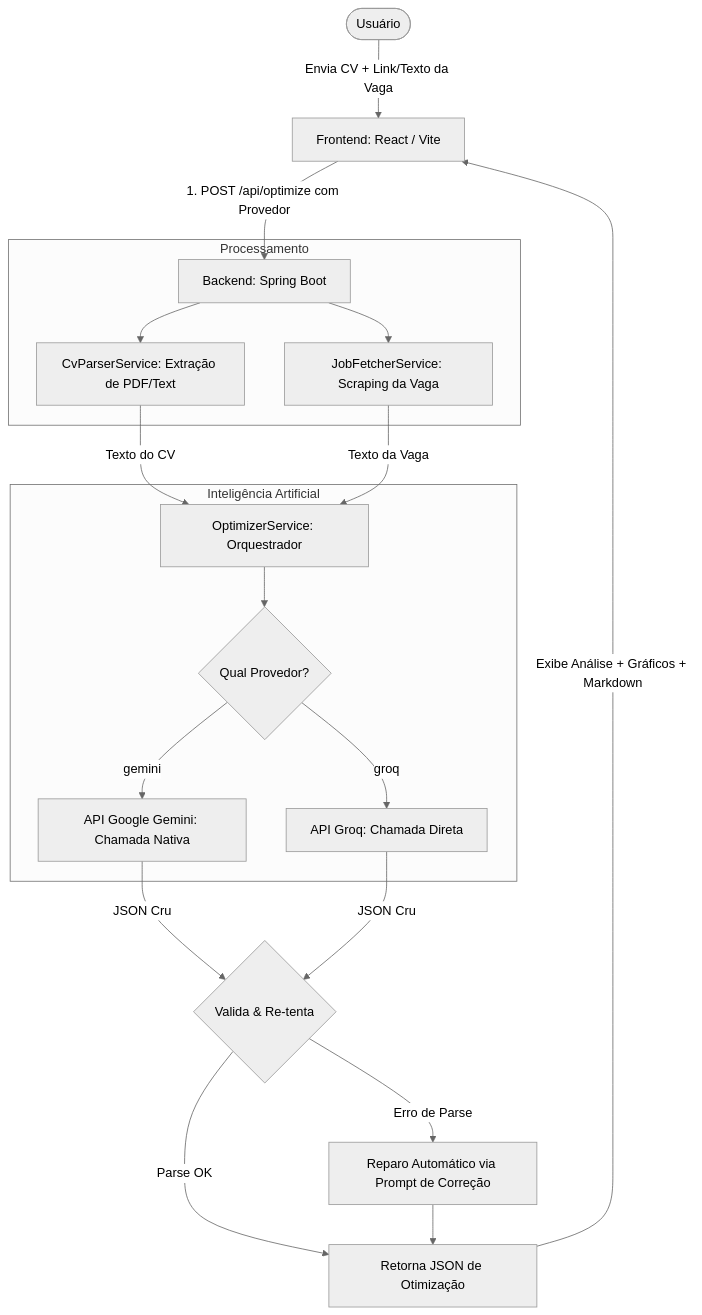
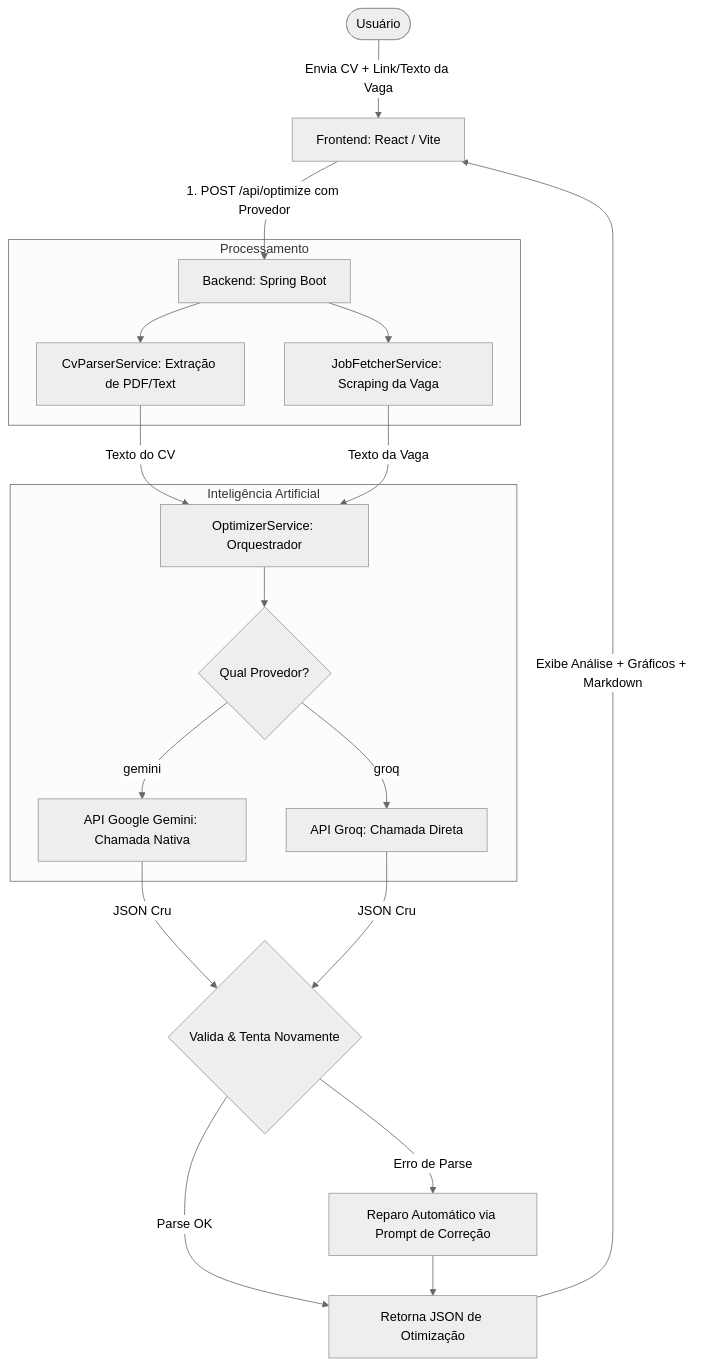
One commit to ds-nava/curriculo-fit changed the diagram in README.md. Above: the diagram before and after it, drawn with Mermaid (neutral theme).

````diff
--- a/README.md
+++ b/README.md
@@ -19,26 +19,26 @@
 ```mermaid
 flowchart TD
     User([Usuário]) -->|Envia CV + Link/Texto da Vaga| Front[Frontend: React / Vite]
     Front -->|1. POST /api/optimize com Provedor| Back[Backend: Spring Boot]
     
     subgraph Processamento
         Back --> Parser[CvParserService: Extração de PDF/Text]
         Back --> Fetcher[JobFetcherService: Scraping da Vaga]
     end
     
     Parser -->|Texto do CV| Opt[OptimizerService: Orquestrador]
     Fetcher -->|Texto da Vaga| Opt
     
     subgraph Inteligência Artificial
         Opt --> Choice{Qual Provedor?}
         Choice -->|gemini| Gemini[API Google Gemini: Chamada Nativa]
         Choice -->|groq| Groq[API Groq: Chamada Direta]
     end
     
-    Gemini & Groq -->|JSON Cru| Validate{Valida & Re-tenta}
+    Gemini & Groq -->|JSON Cru| Validate{Valida & Tenta Novamente}
     Validate -->|Parse OK| Response[Retorna JSON de Otimização]
     Validate -->|Erro de Parse| Repair[Reparo Automático via Prompt de Correção]
     Repair --> Response
     
     Response -->|Exibe Análise + Gráficos + Markdown| Front
 ```
````
